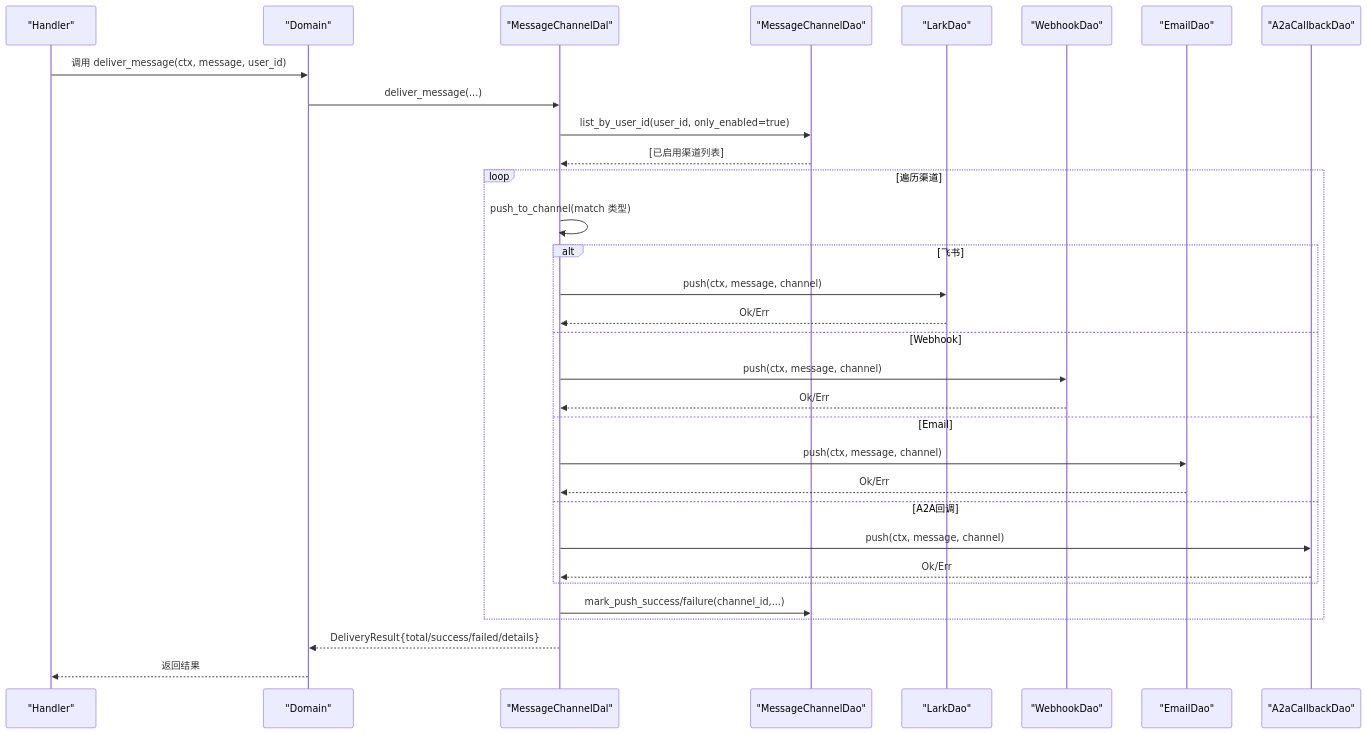
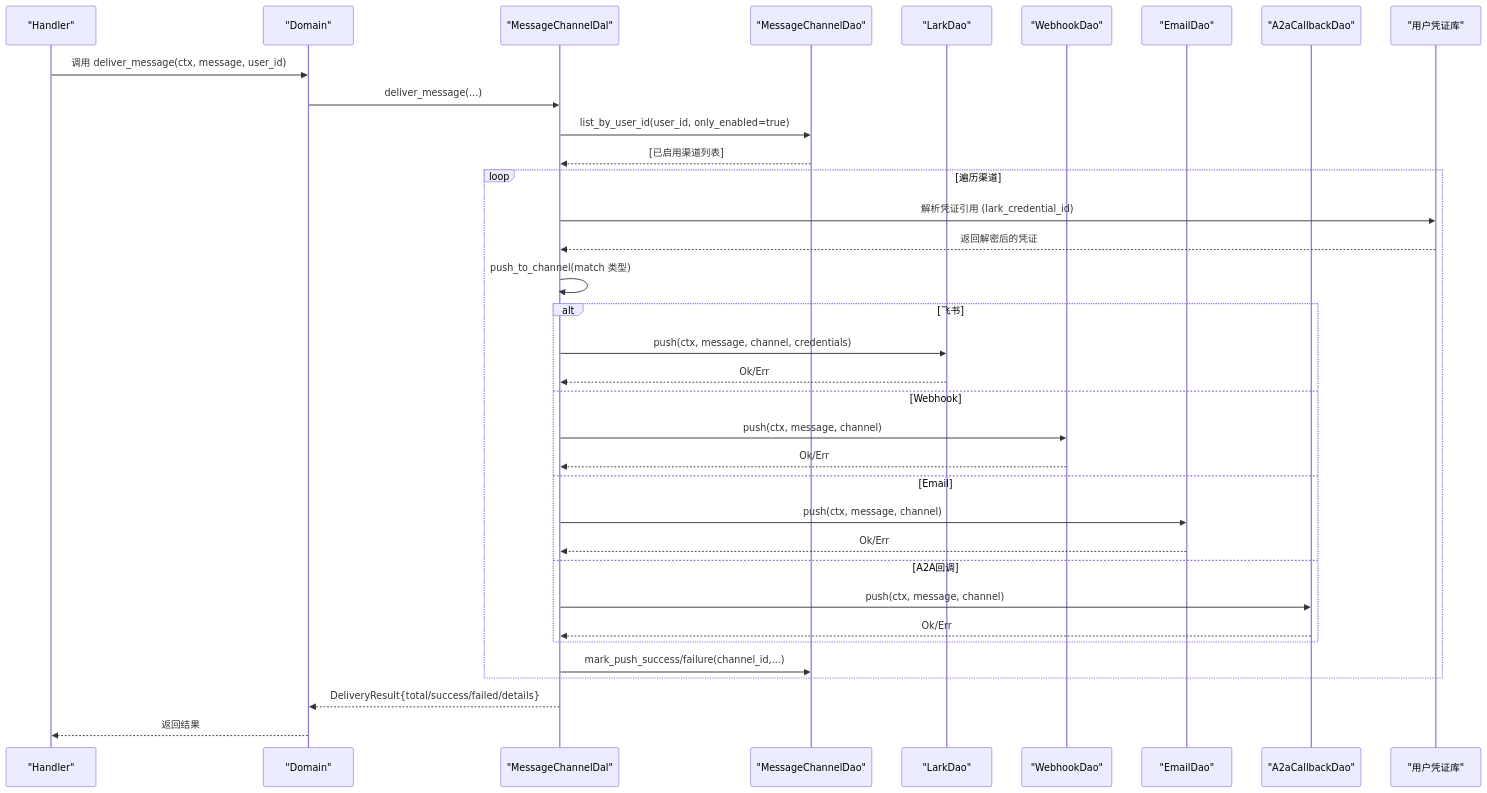
Before and after one commit to runningcoders/ai_orz: the second of 6 diagrams in .qoder/repowiki/zh/content/功能模块/消息系统/消息渠道管理.md, drawn with Mermaid. The commit also changed other lines of this file and 9 other files, not shown here.

````diff
--- a/.qoder/repowiki/zh/content/功能模块/消息系统/消息渠道管理.md
+++ b/.qoder/repowiki/zh/content/功能模块/消息系统/消息渠道管理.md
@@ -89,34 +109,37 @@
 ```mermaid
 sequenceDiagram
 participant H as "Handler"
 participant D as "Domain"
 participant DAL as "MessageChannelDal"
 participant MC as "MessageChannelDao"
 participant L as "LarkDao"
 participant W as "WebhookDao"
 participant E as "EmailDao"
 participant A as "A2aCallbackDao"
+participant U as "用户凭证库"
 H->>D : 调用 deliver_message(ctx, message, user_id)
 D->>DAL : deliver_message(...)
 DAL->>MC : list_by_user_id(user_id, only_enabled=true)
 MC-->>DAL : [已启用渠道列表]
 loop 遍历渠道
+DAL->>U : 解析凭证引用 (lark_credential_id)
+U-->>DAL : 返回解密后的凭证
 DAL->>DAL : push_to_channel(match 类型)
 alt 飞书
-DAL->>L : push(ctx, message, channel)
+DAL->>L : push(ctx, message, channel, credentials)
 L-->>DAL : Ok/Err
 else Webhook
 DAL->>W : push(ctx, message, channel)
 W-->>DAL : Ok/Err
 else Email
 DAL->>E : push(ctx, message, channel)
 E-->>DAL : Ok/Err
 else A2A回调
 DAL->>A : push(ctx, message, channel)
 A-->>DAL : Ok/Err
 end
 DAL->>MC : mark_push_success/failure(channel_id,...)
 end
 DAL-->>D : DeliveryResult{total/success/failed/details}
 D-->>H : 返回结果
 ```
````
